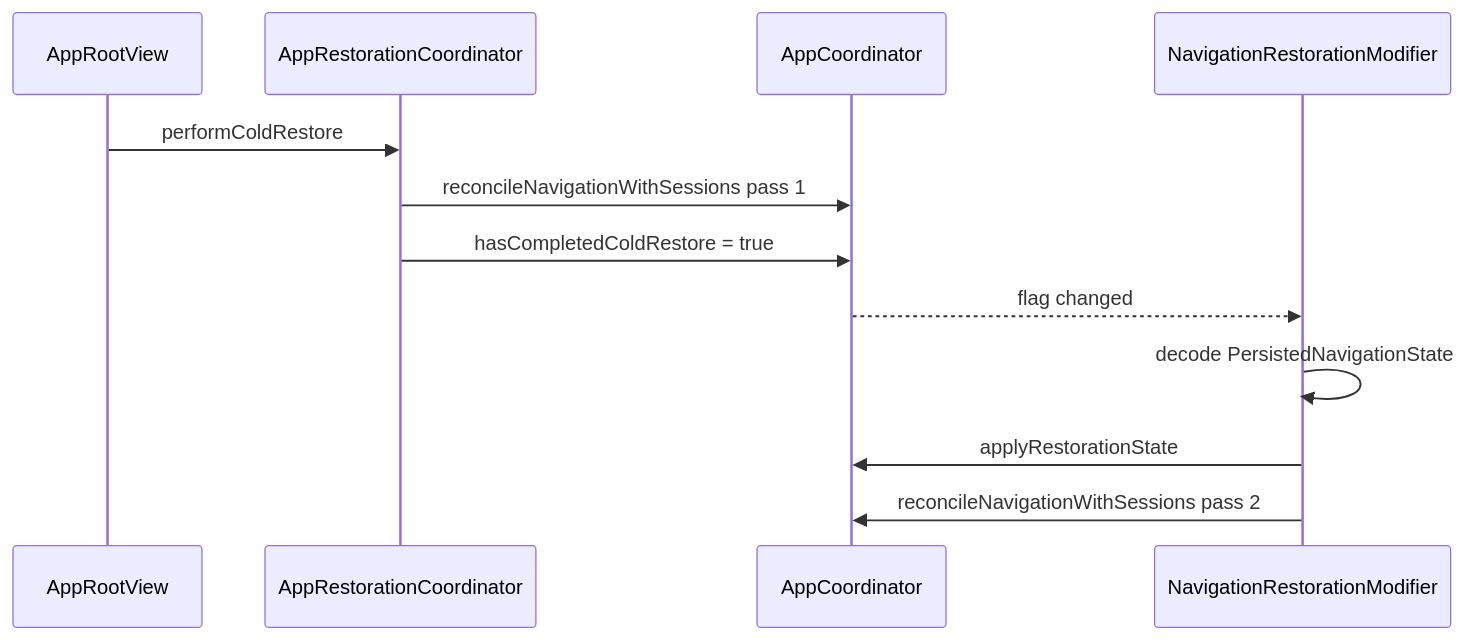
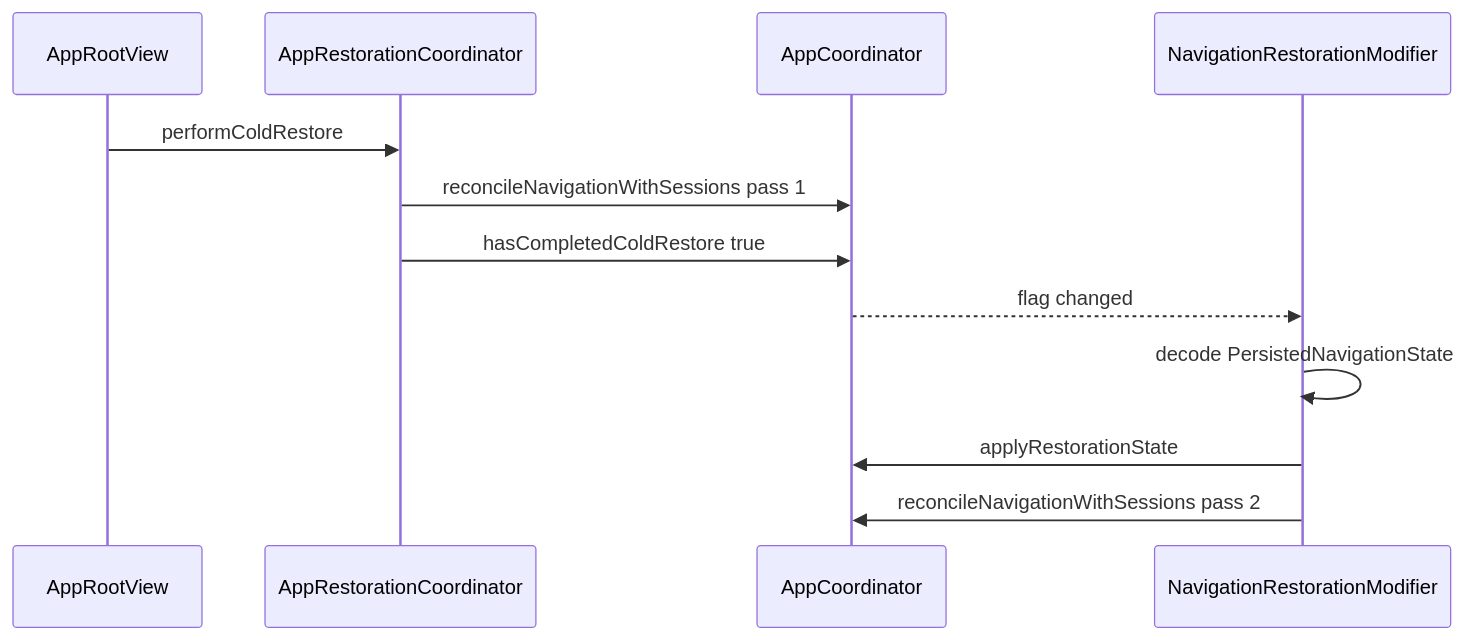
Before and after one commit to nguyenquanghuy22041990/FocusUp: the fourth of 5 diagrams in docs/interview-guide/16-app-restoration-coordinator.md, drawn with Mermaid. The commit also changed other lines of this file and 30 other files, not shown here.

````diff
--- a/docs/interview-guide/16-app-restoration-coordinator.md
+++ b/docs/interview-guide/16-app-restoration-coordinator.md
@@ -323,15 +323,15 @@
 ```mermaid
 sequenceDiagram
     participant ARV as AppRootView
     participant ARC as AppRestorationCoordinator
     participant CO as AppCoordinator
     participant NAV as NavigationRestorationModifier
 
     ARV->>ARC: performColdRestore
     ARC->>CO: reconcileNavigationWithSessions pass 1
-    ARC->>CO: hasCompletedColdRestore = true
+    ARC->>CO: hasCompletedColdRestore true
     CO-->>NAV: flag changed
     NAV->>NAV: decode PersistedNavigationState
     NAV->>CO: applyRestorationState
     NAV->>CO: reconcileNavigationWithSessions pass 2
 ```
````
